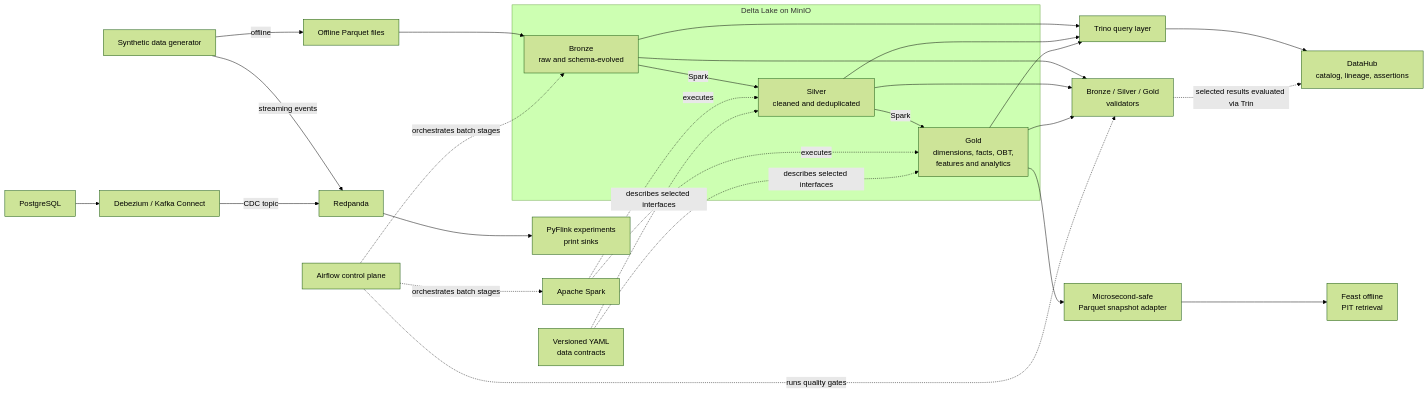
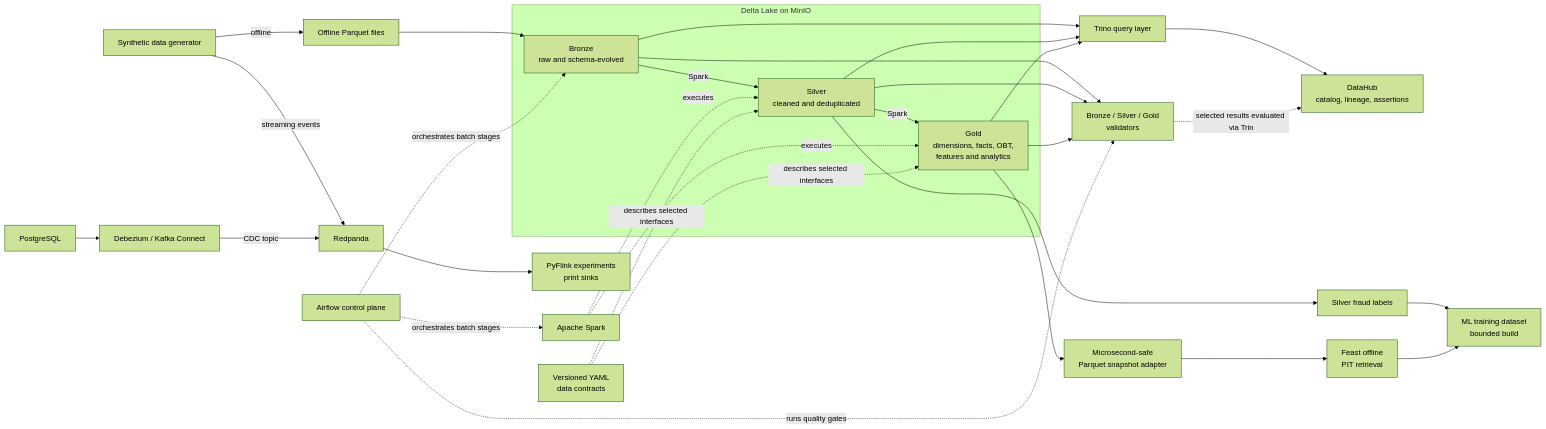
Before and after one commit to HuyyGiaa/ewallet-data-ai-platform: the first of 2 diagrams in docs/00_system_architecture.md, drawn with Mermaid (forest theme). The commit also changed other lines of this file and 21 other files, not shown here.

Commit message:
feat: add point-in-time fraud training dataset

````diff
--- a/docs/00_system_architecture.md
+++ b/docs/00_system_architecture.md
@@ -40,47 +43,51 @@
 ```mermaid
 flowchart LR
     GEN["Synthetic data generator"]
     PQ["Offline Parquet files"]
     PG["PostgreSQL"]
     DBZ["Debezium / Kafka Connect"]
     RP["Redpanda"]
     FLINK["PyFlink experiments<br/>print sinks"]
 
     subgraph LAKE["Delta Lake on MinIO"]
         BR["Bronze<br/>raw and schema-evolved"]
         SI["Silver<br/>cleaned and deduplicated"]
         GO["Gold<br/>dimensions, facts, OBT,<br/>features and analytics"]
     end
 
     SPARK["Apache Spark"]
     TRINO["Trino query layer"]
     DQ["Bronze / Silver / Gold<br/>validators"]
     CONTRACTS["Versioned YAML<br/>data contracts"]
     AIRFLOW["Airflow control plane"]
     DATAHUB["DataHub<br/>catalog, lineage, assertions"]
     ADAPTER["Microsecond-safe<br/>Parquet snapshot adapter"]
     FEAST["Feast offline<br/>PIT retrieval"]
+    LABELS["Silver fraud labels"]
+    TRAIN["ML training dataset<br/>bounded build"]
 
     GEN -->|offline| PQ --> BR
     BR -->|Spark| SI -->|Spark| GO
     SPARK -.executes.-> SI
     SPARK -.executes.-> GO
 
     GEN -->|streaming events| RP --> FLINK
     PG --> DBZ -->|CDC topic| RP
 
     BR --> TRINO
     SI --> TRINO
     GO --> TRINO
     GO --> ADAPTER --> FEAST
+    SI --> LABELS --> TRAIN
+    FEAST --> TRAIN
     BR --> DQ
     SI --> DQ
     GO --> DQ
     CONTRACTS -.describes selected interfaces.-> SI
     CONTRACTS -.describes selected interfaces.-> GO
     TRINO --> DATAHUB
     DQ -.selected results evaluated via Trino.-> DATAHUB
     AIRFLOW -.orchestrates batch stages.-> BR
     AIRFLOW -.orchestrates batch stages.-> SPARK
     AIRFLOW -.runs quality gates.-> DQ
 ```
````
